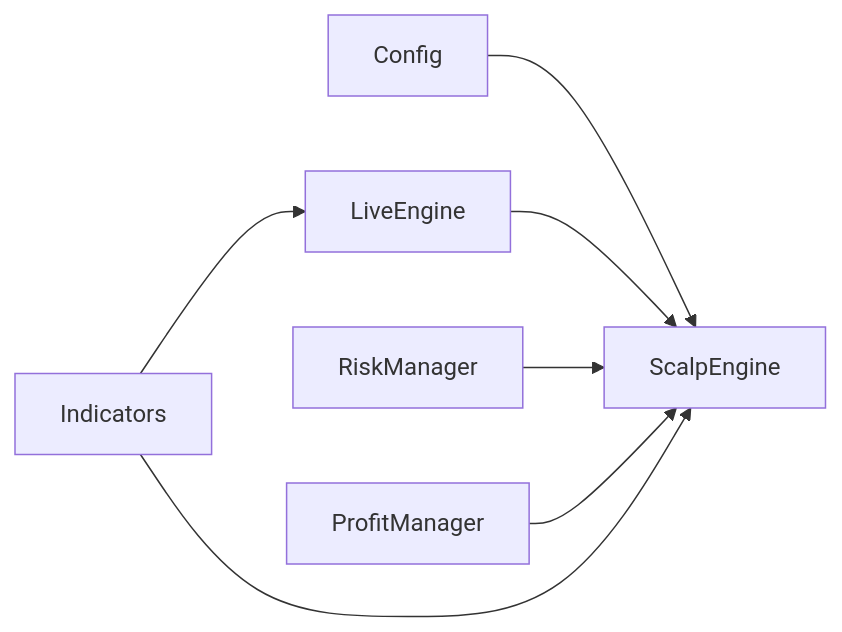
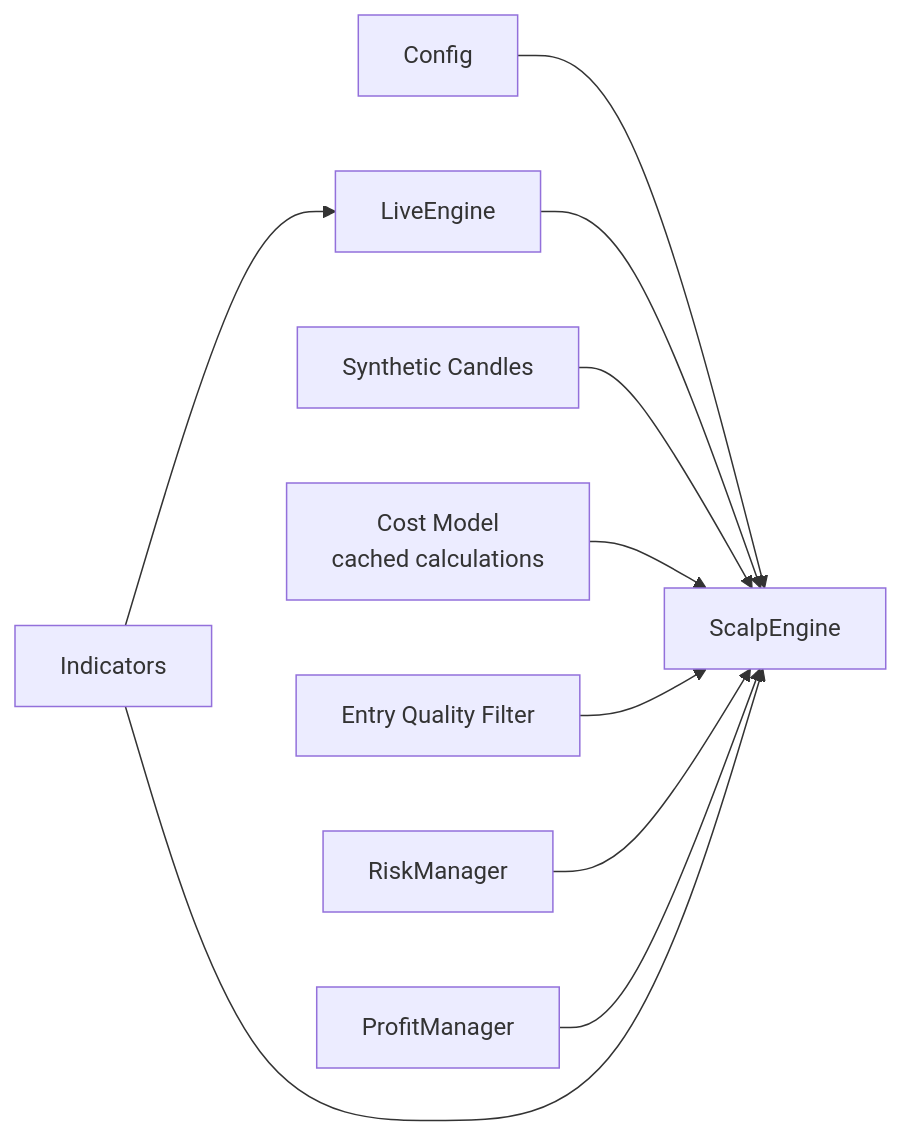
One commit to tauqeersiddiqui-art/tradingsystem changed diagram 11 of 11 in .qoder/repowiki/en/content/Core Trading Engine/Scalping Strategy Engine.md. Above: the diagram before and after it, drawn with Mermaid. The commit also changed other lines of this file and 71 other files, not shown here.

Commit message:
Add rejection-first entry quality filters, entry-quality ML target with fail-hard pipeline, post-trade loss classification, and reproducible Phase-8 backtest

````diff
--- a/.qoder/repowiki/en/content/Core Trading Engine/Scalping Strategy Engine.md
+++ b/.qoder/repowiki/en/content/Core Trading Engine/Scalping Strategy Engine.md
@@ -312,9 +470,12 @@
 ```mermaid
 graph LR
 C["Config"] --> SE["ScalpEngine"]
 LE["LiveEngine"] --> SE
+SC["Synthetic Candles"] --> SE
+CM["Cost Model<br/>cached calculations"] --> SE
+EQ["Entry Quality Filter"] --> SE
 RM["RiskManager"] --> SE
 PM["ProfitManager"] --> SE
 IND["Indicators"] --> LE
 IND --> SE
 ```
````
